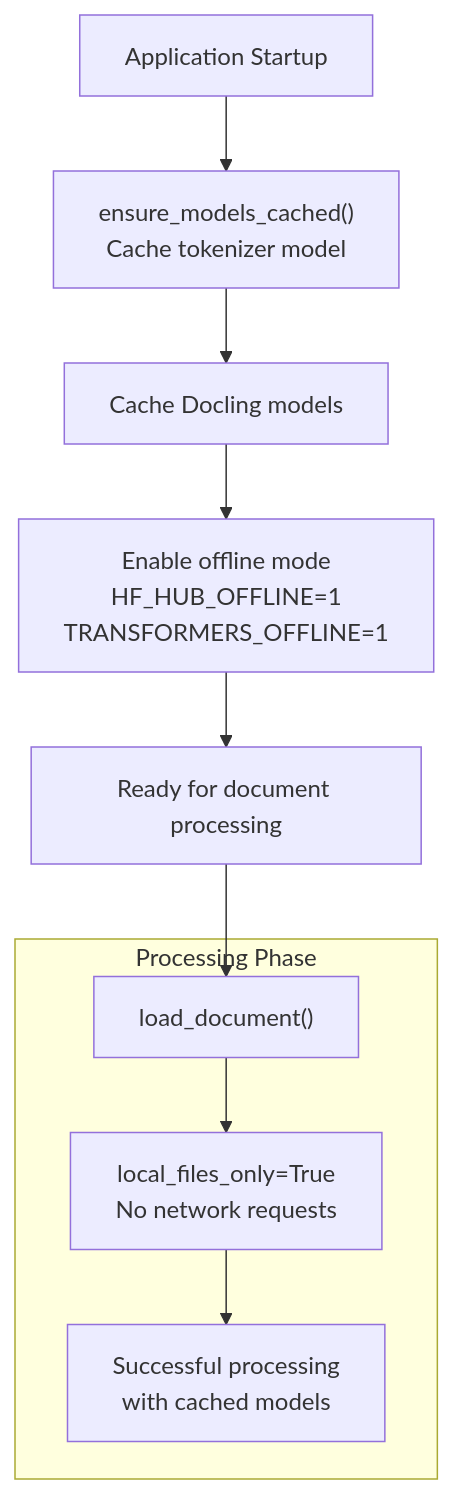
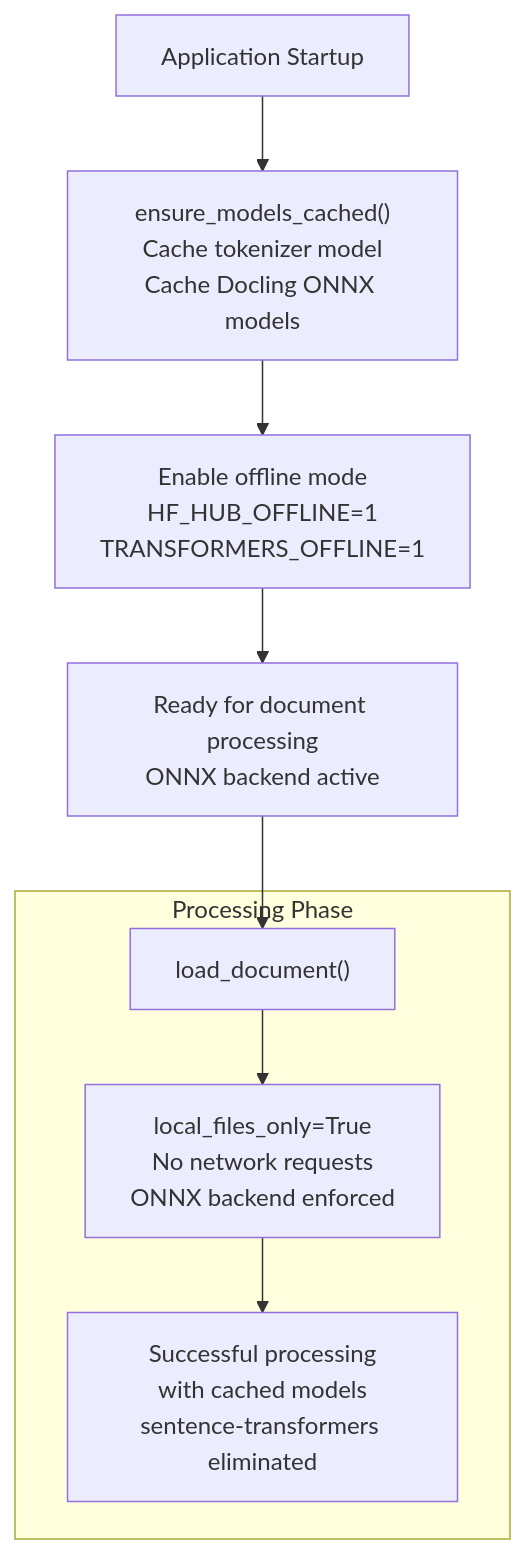
The eighth of 11 diagrams in .qoder/repowiki/en/content/RAG Integration/RAG Parser Enhancement.md (ognelis/cafetera_hr_bot), drawn with Mermaid before and after one commit. The commit also changed other lines of this file and 14 other files, not shown here.

````diff
--- a/.qoder/repowiki/en/content/RAG Integration/RAG Parser Enhancement.md
+++ b/.qoder/repowiki/en/content/RAG Integration/RAG Parser Enhancement.md
@@ -411,12 +355,11 @@
 ```mermaid
 flowchart TD
-Startup["Application Startup"] --> CacheModels["ensure_models_cached()<br/>Cache tokenizer model"]
-CacheModels --> CacheDocling["Cache Docling models"]
-CacheDocling --> EnableOffline["Enable offline mode<br/>HF_HUB_OFFLINE=1<br/>TRANSFORMERS_OFFLINE=1"]
-EnableOffline --> Ready["Ready for document processing"]
+Startup["Application Startup"] --> CacheModels["ensure_models_cached()<br/>Cache tokenizer model<br/>Cache Docling ONNX models"]
+CacheModels --> EnableOffline["Enable offline mode<br/>HF_HUB_OFFLINE=1<br/>TRANSFORMERS_OFFLINE=1"]
+EnableOffline --> Ready["Ready for document processing<br/>ONNX backend active"]
 subgraph "Processing Phase"
-Process["load_document()"] --> OfflineCheck["local_files_only=True<br/>No network requests"]
-OfflineCheck --> ProcessSuccess["Successful processing<br/>with cached models"]
+Process["load_document()"] --> OfflineCheck["local_files_only=True<br/>No network requests<br/>ONNX backend enforced"]
+OfflineCheck --> ProcessSuccess["Successful processing<br/>with cached models<br/>sentence-transformers eliminated"]
 end
 Ready --> Process
 ```
````
